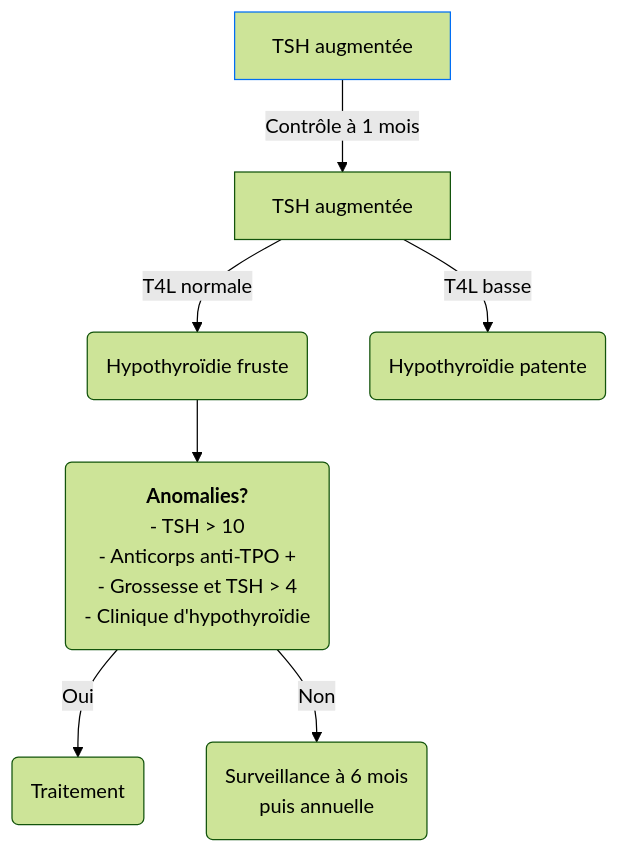
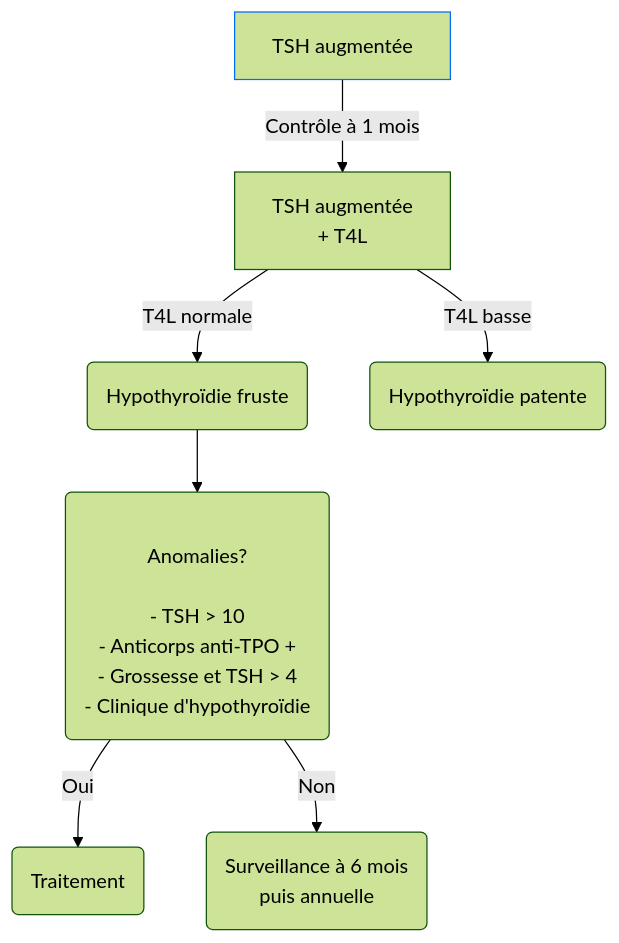
Before and after one commit to djibe/recommandations-medicales: the diagram in content/recommandations/hypothyroidie-fruste.md, drawn with Mermaid (forest theme). The commit also changed other lines of this file and 4 other files, not shown here.

```diff
--- a/content/recommandations/hypothyroidie-fruste.md
+++ b/content/recommandations/hypothyroidie-fruste.md
@@ -111,7 +111,7 @@
 {{< mermaid title="Conduite à tenir devant une hypothyroïdie fruste. Dr JB FRON d'après *HAS 2019*" >}}
 graph TB
-  decouverte["TSH augmentée"] --"Contrôle à 1 mois"--> TSH["TSH augmentée"] -- "T4L normale" --> hTFruste("Hypothyroïdie fruste") --> anomalies("<b>Anomalies?</b><br>- TSH > 10<br>- Anticorps anti-TPO +<br>- Grossesse et TSH > 4<br>- Clinique d'hypothyroïdie") --"Oui"--> traitement("Traitement")
+  decouverte["TSH augmentée"] --"Contrôle à 1 mois"--> TSH["TSH augmentée <br>+ T4L"] -- "T4L normale" --> hTFruste("Hypothyroïdie fruste") --> anomalies("<br>Anomalies?</br><br>- TSH > 10<br>- Anticorps anti-TPO +<br>- Grossesse et TSH > 4<br>- Clinique d'hypothyroïdie") --"Oui"--> traitement("Traitement")
   style decouverte stroke:#006ef4, stroke-width:1px
   TSH -- "T4L basse" --> hT("Hypothyroïdie patente")
     anomalies --"Non"--> surveillance("Surveillance à 6 mois<br>puis annuelle")
 {{< /mermaid >}}
```
